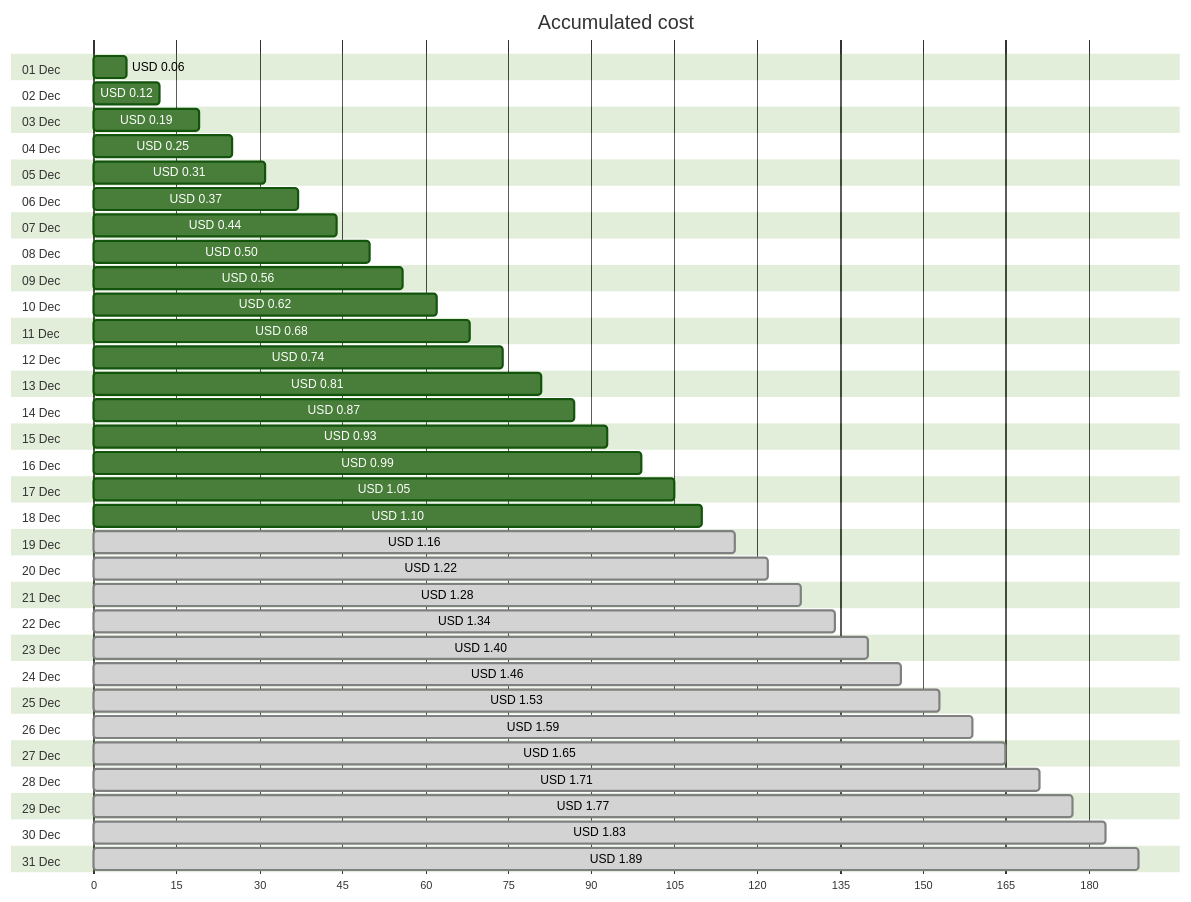
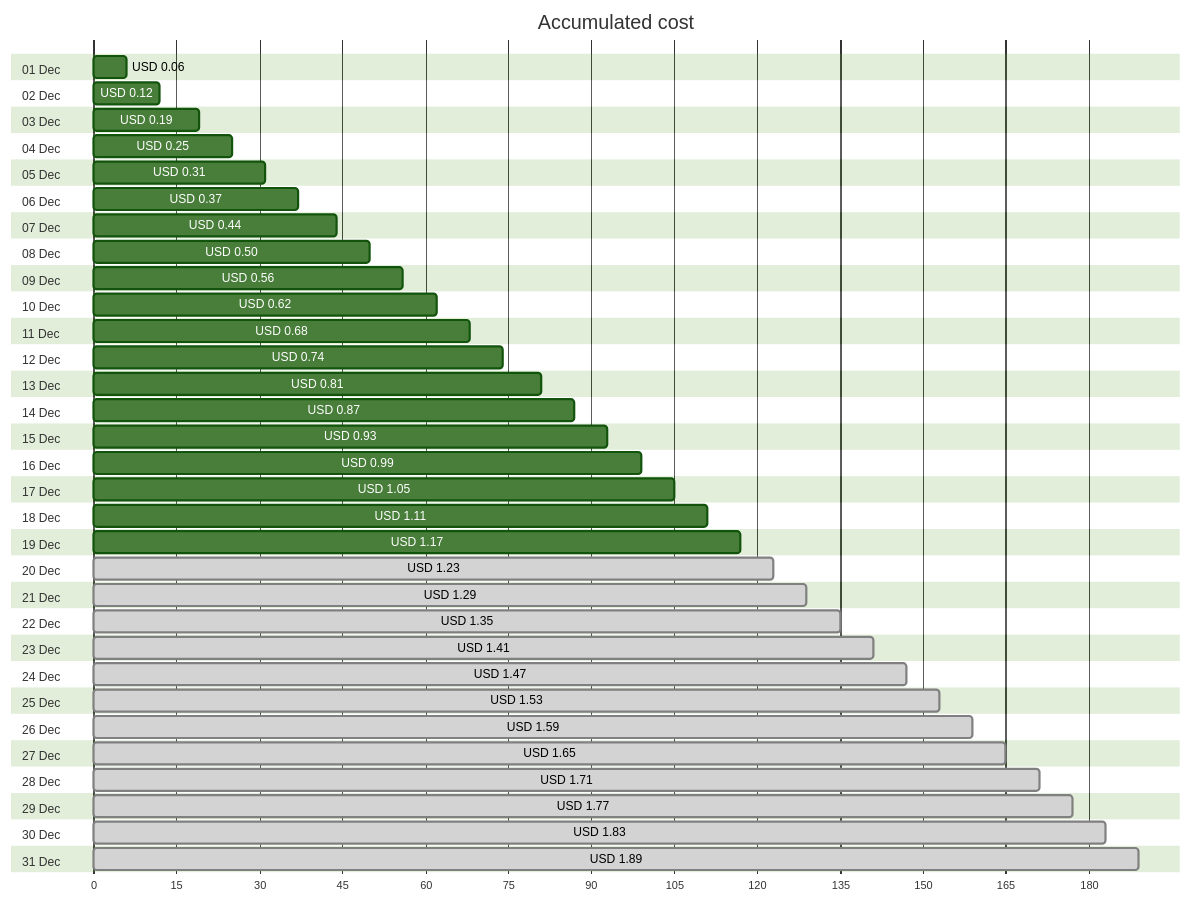
Before and after one commit to jpfulton/azure-personal-reports: the first of 4 diagrams in cost-reports/personal-network/backup-server_OsDisk.md, drawn with Mermaid (forest theme). The commit also changed other lines of this file and 8 other files, not shown here.

````diff
--- a/cost-reports/personal-network/backup-server_OsDisk.md
+++ b/cost-reports/personal-network/backup-server_OsDisk.md
@@ -20,68 +20,68 @@
 ```mermaid
 gantt
    title Accumulated cost
    dateFormat  X
    axisFormat %s
    section 01 Dec
    USD 0.06 :0, 6
    section 02 Dec
    USD 0.12 :0, 12
    section 03 Dec
    USD 0.19 :0, 19
    section 04 Dec
    USD 0.25 :0, 25
    section 05 Dec
    USD 0.31 :0, 31
    section 06 Dec
    USD 0.37 :0, 37
    section 07 Dec
    USD 0.44 :0, 44
    section 08 Dec
    USD 0.50 :0, 50
    section 09 Dec
    USD 0.56 :0, 56
    section 10 Dec
    USD 0.62 :0, 62
    section 11 Dec
    USD 0.68 :0, 68
    section 12 Dec
    USD 0.74 :0, 74
    section 13 Dec
    USD 0.81 :0, 81
    section 14 Dec
    USD 0.87 :0, 87
    section 15 Dec
    USD 0.93 :0, 93
    section 16 Dec
    USD 0.99 :0, 99
    section 17 Dec
    USD 1.05 :0, 105
    section 18 Dec
-   USD 1.10 :0, 110
+   USD 1.11 :0, 111
    section 19 Dec
-   USD 1.16 : done, 0, 116
+   USD 1.17 :0, 117
    section 20 Dec
-   USD 1.22 : done, 0, 122
+   USD 1.23 : done, 0, 123
    section 21 Dec
-   USD 1.28 : done, 0, 128
+   USD 1.29 : done, 0, 129
    section 22 Dec
-   USD 1.34 : done, 0, 134
+   USD 1.35 : done, 0, 135
    section 23 Dec
-   USD 1.40 : done, 0, 140
+   USD 1.41 : done, 0, 141
    section 24 Dec
-   USD 1.46 : done, 0, 146
+   USD 1.47 : done, 0, 147
    section 25 Dec
    USD 1.53 : done, 0, 153
    section 26 Dec
    USD 1.59 : done, 0, 159
    section 27 Dec
    USD 1.65 : done, 0, 165
    section 28 Dec
    USD 1.71 : done, 0, 171
    section 29 Dec
    USD 1.77 : done, 0, 177
    section 30 Dec
    USD 1.83 : done, 0, 183
    section 31 Dec
    USD 1.89 : done, 0, 189
 ```
````
